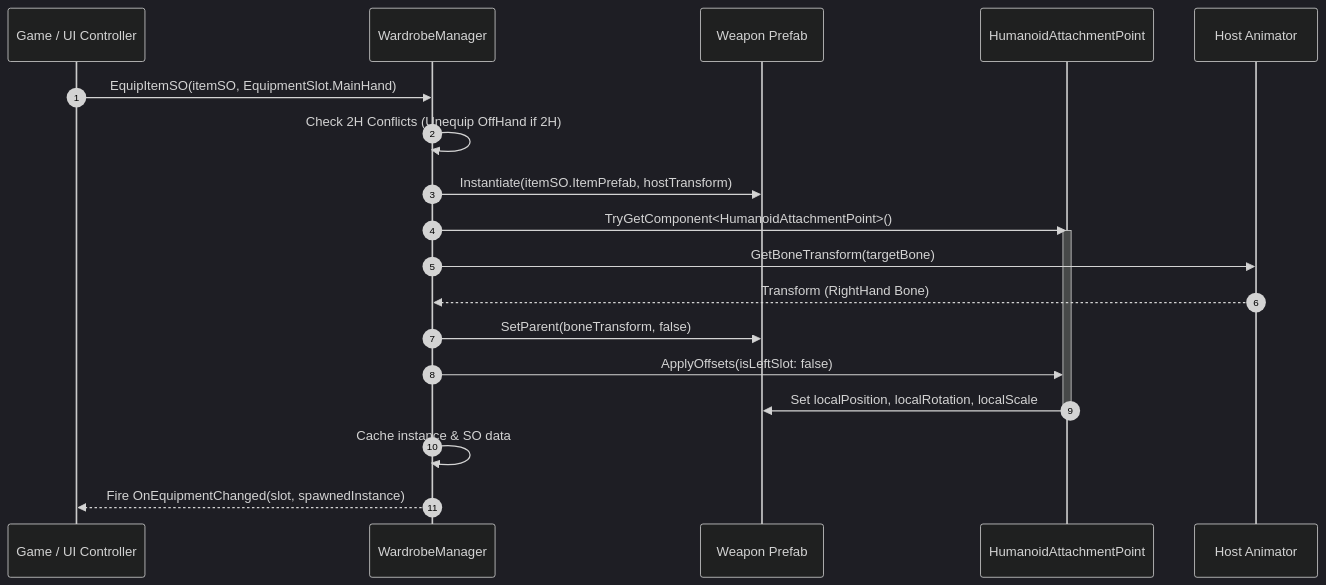
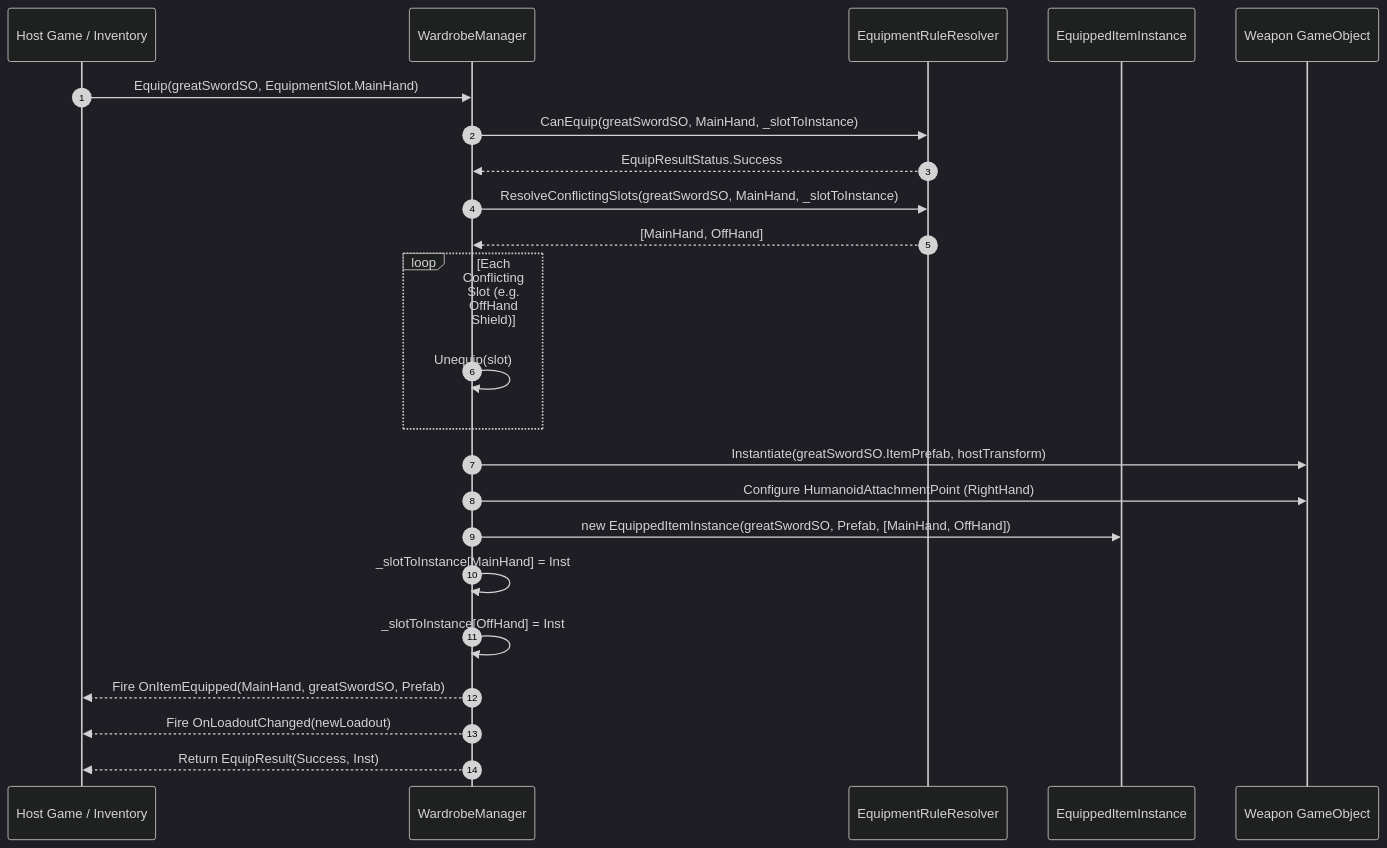
The second of 3 diagrams in docs/ARCHITECTURE.md (neymanoff/Universal-Humanoid-Wardrobe), drawn with Mermaid (dark theme) before and after one commit. The commit also changed other lines of this file and 78 other files, not shown here.

First line of the commit message:
refactor: implement multi-slot occupancy, EquipResult, and stable ItemId

````diff
--- a/docs/ARCHITECTURE.md
+++ b/docs/ARCHITECTURE.md
@@ -169,23 +170,26 @@
 ```mermaid
 sequenceDiagram
     autonumber
-    participant Caller as Game / UI Controller
+    participant Game as Host Game / Inventory
     participant WM as WardrobeManager
-    participant Prefab as Weapon Prefab
-    participant AP as HumanoidAttachmentPoint
-    participant Anim as Host Animator
+    participant Rule as EquipmentRuleResolver
+    participant Inst as EquippedItemInstance
+    participant Prefab as Weapon GameObject
 
-    Caller->>WM: EquipItemSO(itemSO, EquipmentSlot.MainHand)
-    WM->>WM: Check 2H Conflicts (Unequip OffHand if 2H)
-    WM->>Prefab: Instantiate(itemSO.ItemPrefab, hostTransform)
-    WM->>AP: TryGetComponent<HumanoidAttachmentPoint>()
-    activate AP
-    WM->>Anim: GetBoneTransform(targetBone)
-    Anim-->>WM: Transform (RightHand Bone)
-    WM->>Prefab: SetParent(boneTransform, false)
-    WM->>AP: ApplyOffsets(isLeftSlot: false)
-    AP->>Prefab: Set localPosition, localRotation, localScale
-    deactivate AP
-    WM->>WM: Cache instance & SO data
-    WM-->>Caller: Fire OnEquipmentChanged(slot, spawnedInstance)
+    Game->>WM: Equip(greatSwordSO, EquipmentSlot.MainHand)
+    WM->>Rule: CanEquip(greatSwordSO, MainHand, _slotToInstance)
+    Rule-->>WM: EquipResultStatus.Success
+    WM->>Rule: ResolveConflictingSlots(greatSwordSO, MainHand, _slotToInstance)
+    Rule-->>WM: [MainHand, OffHand]
+    loop Each Conflicting Slot (e.g. OffHand Shield)
+        WM->>WM: Unequip(slot)
+    end
+    WM->>Prefab: Instantiate(greatSwordSO.ItemPrefab, hostTransform)
+    WM->>Prefab: Configure HumanoidAttachmentPoint (RightHand)
+    WM->>Inst: new EquippedItemInstance(greatSwordSO, Prefab, [MainHand, OffHand])
+    WM->>WM: _slotToInstance[MainHand] = Inst
+    WM->>WM: _slotToInstance[OffHand] = Inst
+    WM-->>Game: Fire OnItemEquipped(MainHand, greatSwordSO, Prefab)
+    WM-->>Game: Fire OnLoadoutChanged(newLoadout)
+    WM-->>Game: Return EquipResult(Success, Inst)
 ```
````
